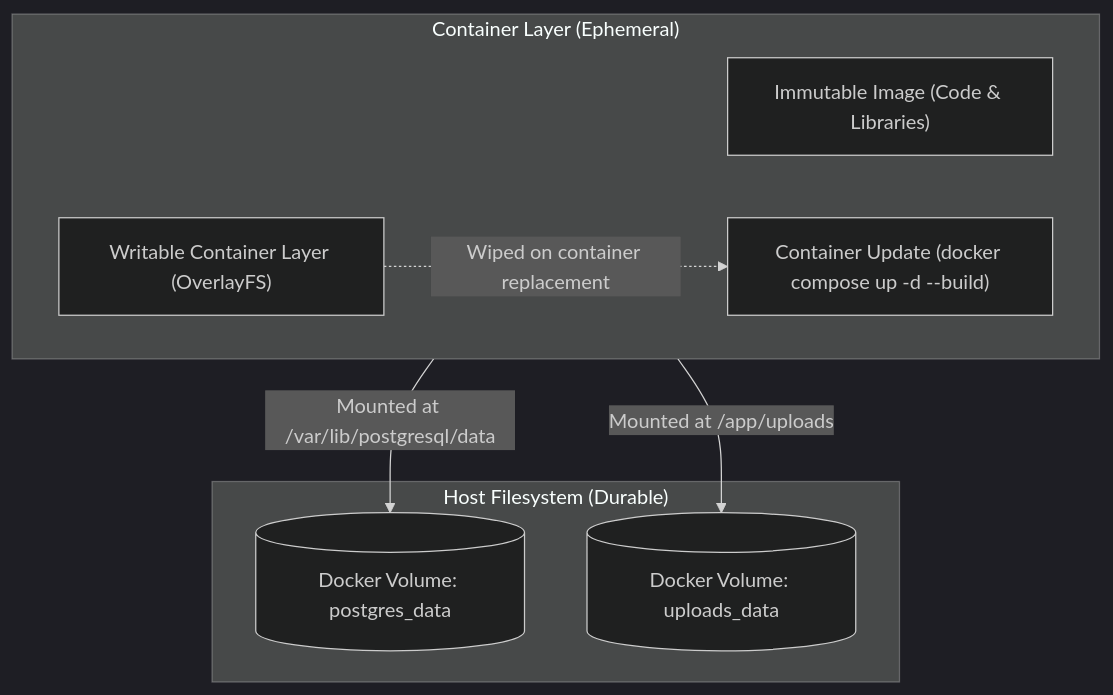
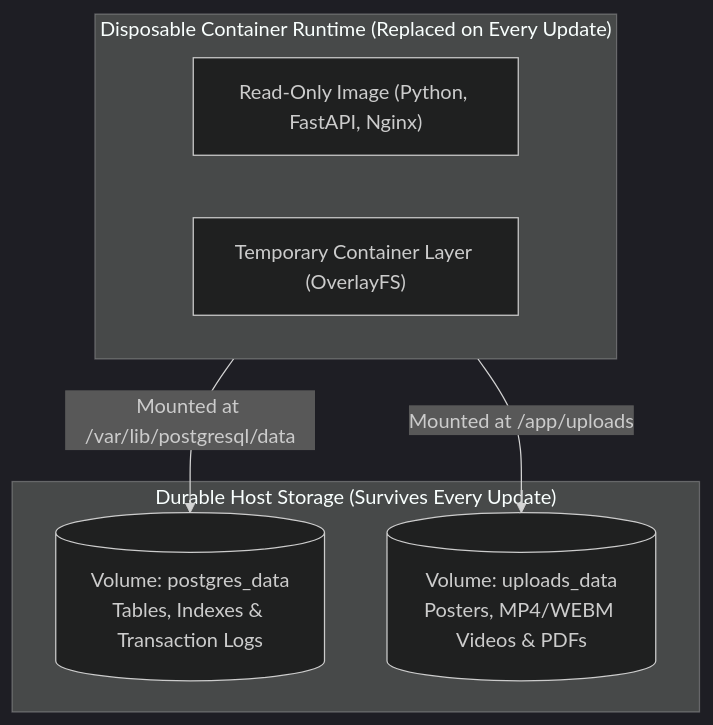
The third of 3 diagrams in content/posts/upa-campus-app-architecture-part-2/index.en.md (Pascal-Thommen/pascal-thommen.github.io), drawn with Mermaid (dark theme) before and after one commit. The commit also changed other lines of this file and 25 other files, not shown here.

````diff
--- a/content/posts/upa-campus-app-architecture-part-2/index.en.md
+++ b/content/posts/upa-campus-app-architecture-part-2/index.en.md
@@ -240,15 +183,13 @@
 ```mermaid
 flowchart TD
-    subgraph ContainerLifecycle["Container Layer (Ephemeral)"]
-        AppCode["Immutable Image (Code & Libraries)"]
-        TempFS["Writable Container Layer (OverlayFS)"]
-        KillAction["Container Update (docker compose up -d --build)"]
-        TempFS -.->|Wiped on container replacement| KillAction
+    subgraph Ephemeral["Disposable Container Runtime (Replaced on Every Update)"]
+        Code["Read-Only Image (Python, FastAPI, Nginx)"]
+        Overlay["Temporary Container Layer (OverlayFS)"]
     end
-    subgraph HostStorage["Host Filesystem (Durable)"]
-        PGVolume[("Docker Volume: postgres_data")]
-        UploadVolume[("Docker Volume: uploads_data")]
+    subgraph Persistent["Durable Host Storage (Survives Every Update)"]
+        VolDB[("Volume: postgres_data\nTables, Indexes & Transaction Logs")]
+        VolMedia[("Volume: uploads_data\nPosters, MP4/WEBM Videos & PDFs")]
     end
-    ContainerLifecycle -->|Mounted at /var/lib/postgresql/data| PGVolume
-    ContainerLifecycle -->|Mounted at /app/uploads| UploadVolume
+    Ephemeral -->|Mounted at /var/lib/postgresql/data| VolDB
+    Ephemeral -->|Mounted at /app/uploads| VolMedia
 ```
````
